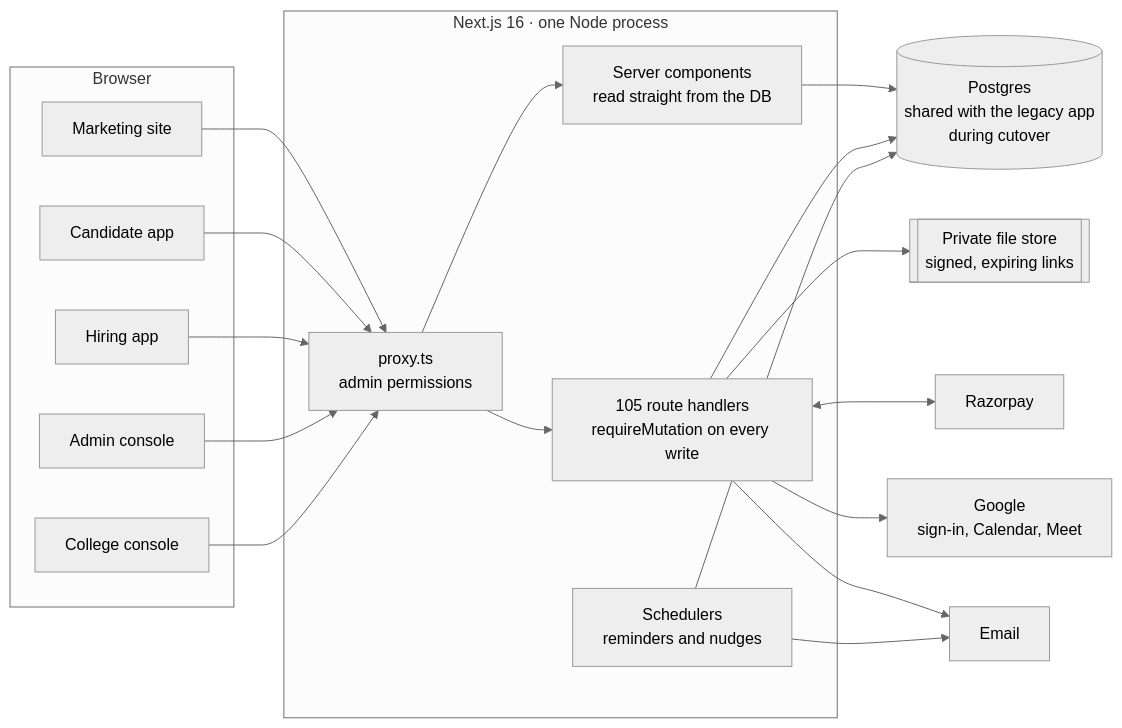
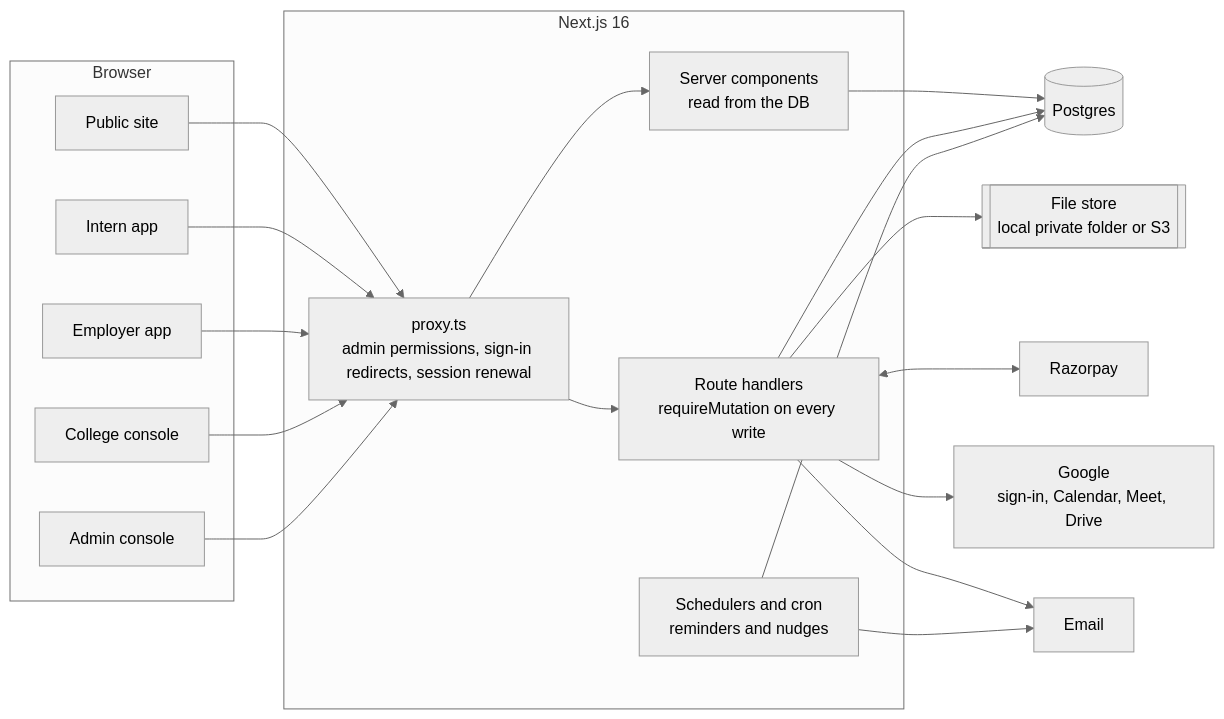
The diagram in README.md (WynautBhav/nextjs-findtern), drawn with Mermaid (neutral theme) before and after one commit. The commit also changed other lines of this file and 2 other files, not shown here.

````diff
--- a/README.md
+++ b/README.md
@@ -122,27 +148,27 @@
 ```mermaid
 flowchart LR
     subgraph Browser
-        M[Marketing site]
-        I[Candidate app]
-        EM[Hiring app]
+        M[Public site]
+        I[Intern app]
+        EM[Employer app]
+        C[College console]
         A[Admin console]
-        C[College console]
     end
 
-    subgraph Next["Next.js 16 · one Node process"]
-        P[proxy.ts<br/>admin permissions]
-        RSC[Server components<br/>read straight from the DB]
-        API[105 route handlers<br/>requireMutation on every write]
-        J[Schedulers<br/>reminders and nudges]
+    subgraph Next["Next.js 16"]
+        P[proxy.ts<br/>admin permissions, sign-in redirects, session renewal]
+        RSC[Server components<br/>read from the DB]
+        API[Route handlers<br/>requireMutation on every write]
+        J[Schedulers and cron<br/>reminders and nudges]
     end
 
-    DB[(Postgres<br/>shared with the legacy app<br/>during cutover)]
-    FS[[Private file store<br/>signed, expiring links]]
+    DB[(Postgres)]
+    FS[[File store<br/>local private folder or S3]]
 
-    M & I & EM & A & C --> P --> RSC & API
+    M & I & EM & C & A --> P --> RSC & API
     RSC & API & J --> DB
     API --> FS
     API <--> RZ[Razorpay]
-    API --> G[Google<br/>sign-in, Calendar, Meet]
+    API --> G[Google<br/>sign-in, Calendar, Meet, Drive]
     API & J --> SMTP[Email]
 ```
````
